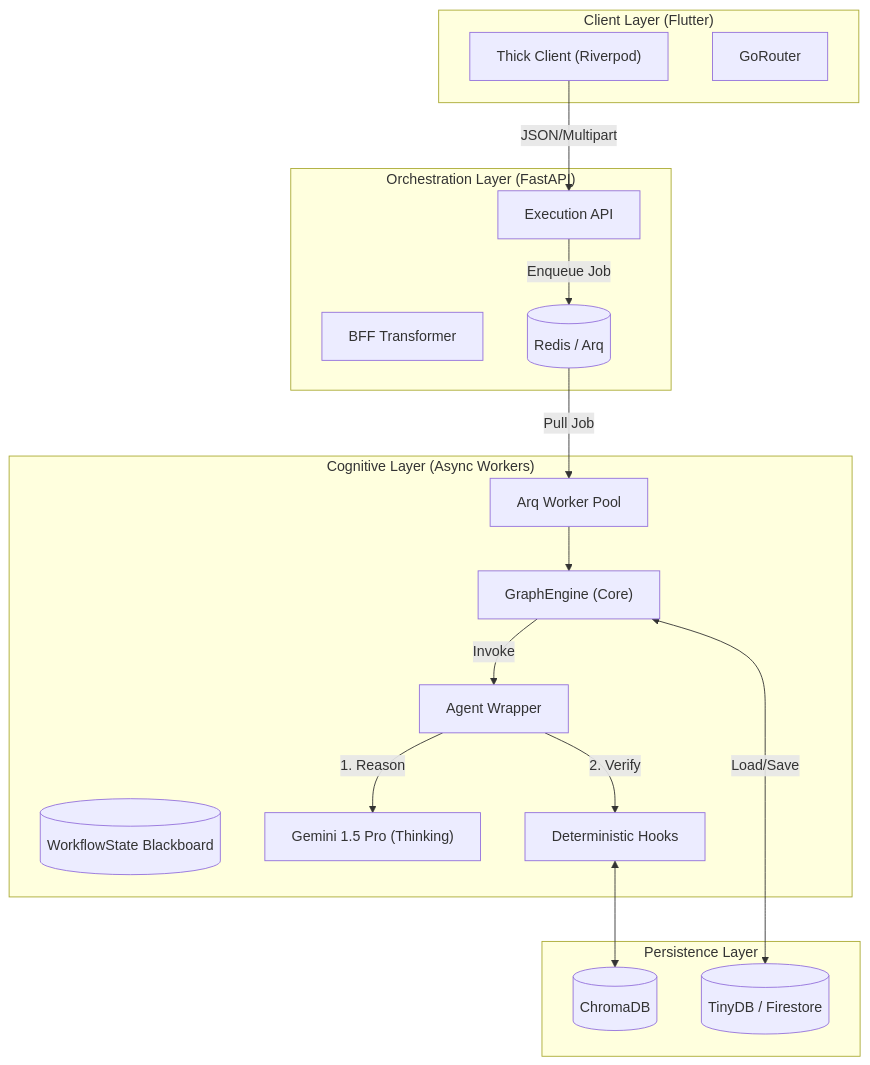
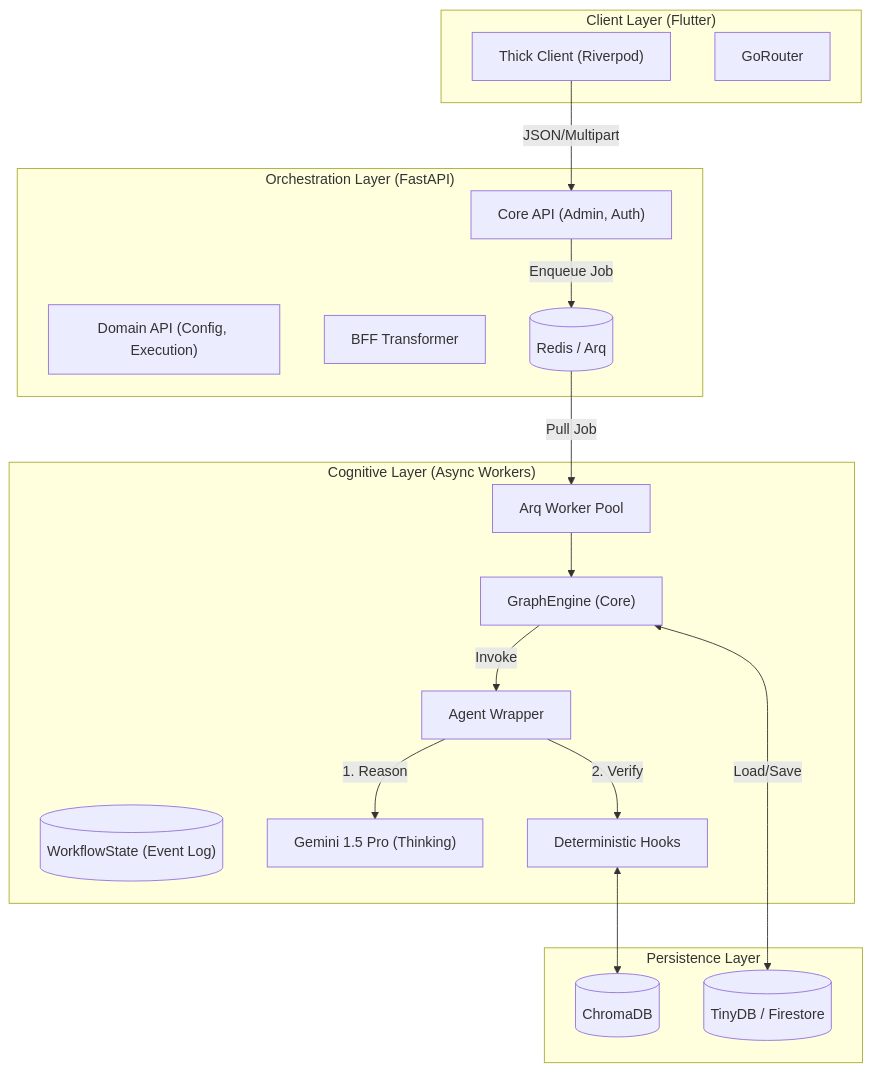
Before and after one commit to launis/quorum: the diagram in docs/architecture.md, drawn with Mermaid. The commit also changed other lines of this file and 17 other files, not shown here.

Commit message:
docs: Add comprehensive documentation for the product roadmap, architecture, testing strategies, and a new prompt builder service.

````diff
--- a/docs/architecture.md
+++ b/docs/architecture.md
@@ -14,35 +14,36 @@
 ```mermaid
 graph TD
     subgraph "Client Layer (Flutter)"
         App["Thick Client (Riverpod)"]
         Router["GoRouter"]
     end
 
     subgraph "Orchestration Layer (FastAPI)"
-        API["Execution API"]
+        API["Core API (Admin, Auth)"]
+        DomainAPI["Domain API (Config, Execution)"]
         BFF["BFF Transformer"]
         Queue[(Redis / Arq)]
     end
 
     subgraph "Cognitive Layer (Async Workers)"
         Worker["Arq Worker Pool"]
         Engine["GraphEngine (Core)"]
-        State[("WorkflowState Blackboard")]
+        State[("WorkflowState (Event Log)")]
         
         Engine -->|Invoke| Agent["Agent Wrapper"]
         Agent -->|1. Reason| LLM["Gemini 1.5 Pro (Thinking)"]
         Agent -->|2. Verify| Hooks["Deterministic Hooks"]
     end
 
     subgraph "Persistence Layer"
         DB[("TinyDB / Firestore")]
         VectorDB[("ChromaDB")]
     end
 
     App -->|JSON/Multipart| API
     API -->|Enqueue Job| Queue
     Queue -->|Pull Job| Worker
     Worker --> Engine
     Engine <-->|Load/Save| DB
     Hooks <--> VectorDB
 ```
````
